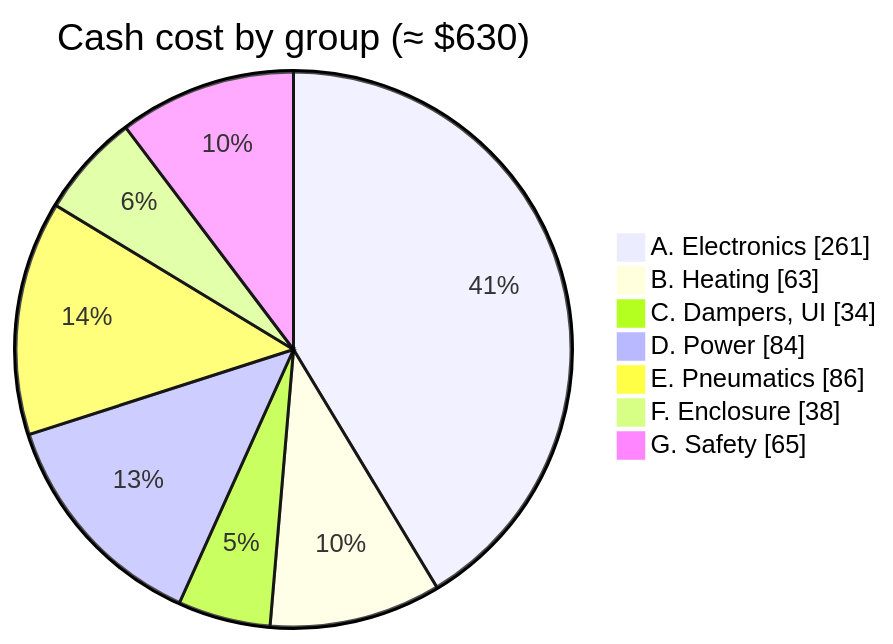
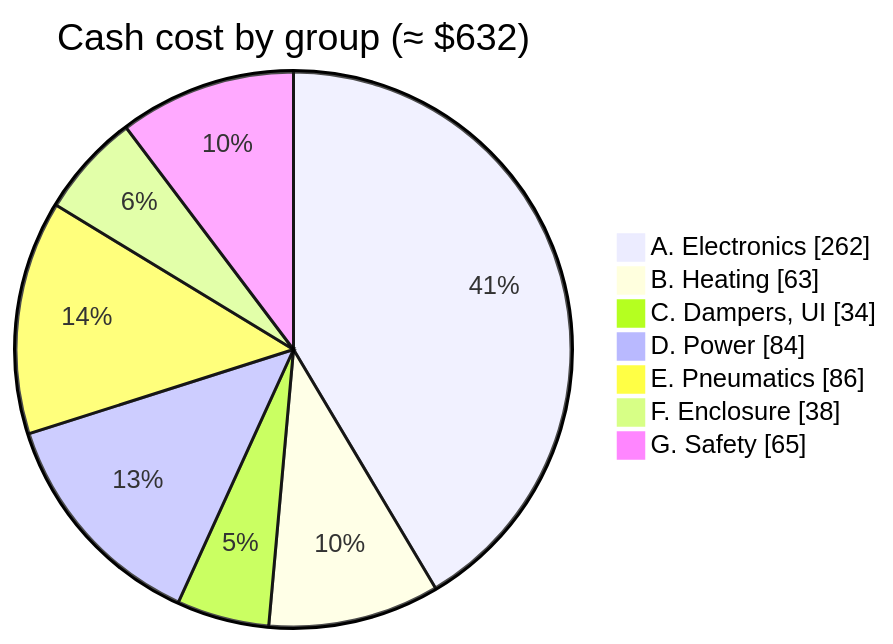
The diagram in docs/03_bill_of_materials.md (BashfulBits/3dp-fleet-exhaust), drawn with Mermaid before and after one commit. The commit also changed other lines of this file and 5 other files, not shown here.

````diff
--- a/docs/03_bill_of_materials.md
+++ b/docs/03_bill_of_materials.md
@@ -28,11 +28,11 @@
 ```mermaid
 pie showData
-  title Cash cost by group (≈ $630)
-  "A. Electronics" : 261
+  title Cash cost by group (≈ $632)
+  "A. Electronics" : 262
   "B. Heating" : 63
   "C. Dampers, UI" : 34
   "D. Power" : 84
   "E. Pneumatics" : 86
   "F. Enclosure" : 38
   "G. Safety" : 65
 ```
````
